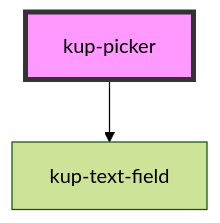
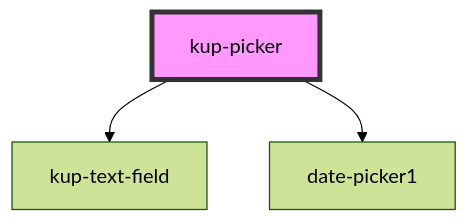
One commit to smeup/ketchup changed the diagram in packages/ketchup/src/components/kup-picker/readme.md. Above: the diagram before and after it, drawn with Mermaid (forest theme). The commit also changed other lines of this file and 7 other files, not shown here.

Commit message:
kup-picker: added date picker done with tutorial - not complete

````diff
--- a/packages/ketchup/src/components/kup-picker/readme.md
+++ b/packages/ketchup/src/components/kup-picker/readme.md
@@ -50,5 +51,6 @@
 ```mermaid
 graph TD;
   kup-picker --> kup-text-field
+  kup-picker --> date-picker1
   style kup-picker fill:#f9f,stroke:#333,stroke-width:4px
 ```
````
